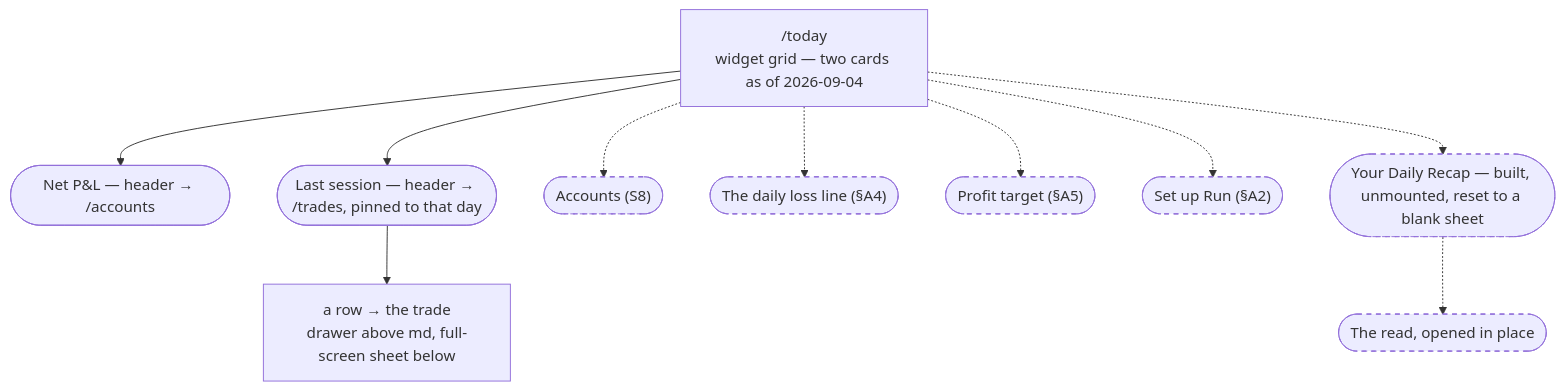
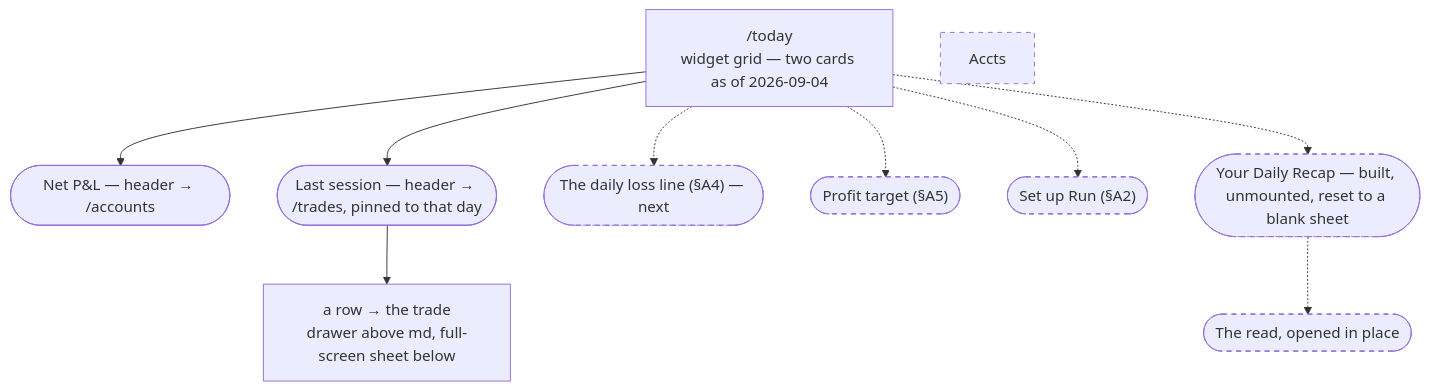
One commit to modryn-studio/run-rebuild changed diagram 12 of 15 in docs/user-guide.md. Above: the diagram before and after it, drawn with Mermaid. The commit also changed 10 other files, not shown here.

````diff
--- a/docs/user-guide.md
+++ b/docs/user-guide.md
@@ -443,20 +443,19 @@
 ```mermaid
 flowchart TD
   Today["/today<br/>widget grid — two cards as of 2026-09-04"]
   Today --> NetPnl(["Net P&L — header → /accounts"])
   Today --> Last(["Last session — header → /trades, pinned to that day"])
   Last --> Row["a row → the trade<br/>drawer above md, full-screen sheet below"]
-  Today -.-> Accts(["Accounts (S8)"])
-  Today -.-> Line(["The daily loss line (§A4)"])
+  Today -.-> Line(["The daily loss line (§A4) — next"])
   Today -.-> Target(["Profit target (§A5)"])
   Today -.-> Setup(["Set up Run (§A2)"])
   Today -.-> Recap(["Your Daily Recap — built, unmounted, reset to a blank sheet"])
   Recap -.-> Read(["The read, opened in place"])
 
   style Recap stroke-dasharray: 5 5
   style Read stroke-dasharray: 5 5
   style Accts stroke-dasharray: 5 5
   style Line stroke-dasharray: 5 5
   style Target stroke-dasharray: 5 5
   style Setup stroke-dasharray: 5 5
 ```
````
